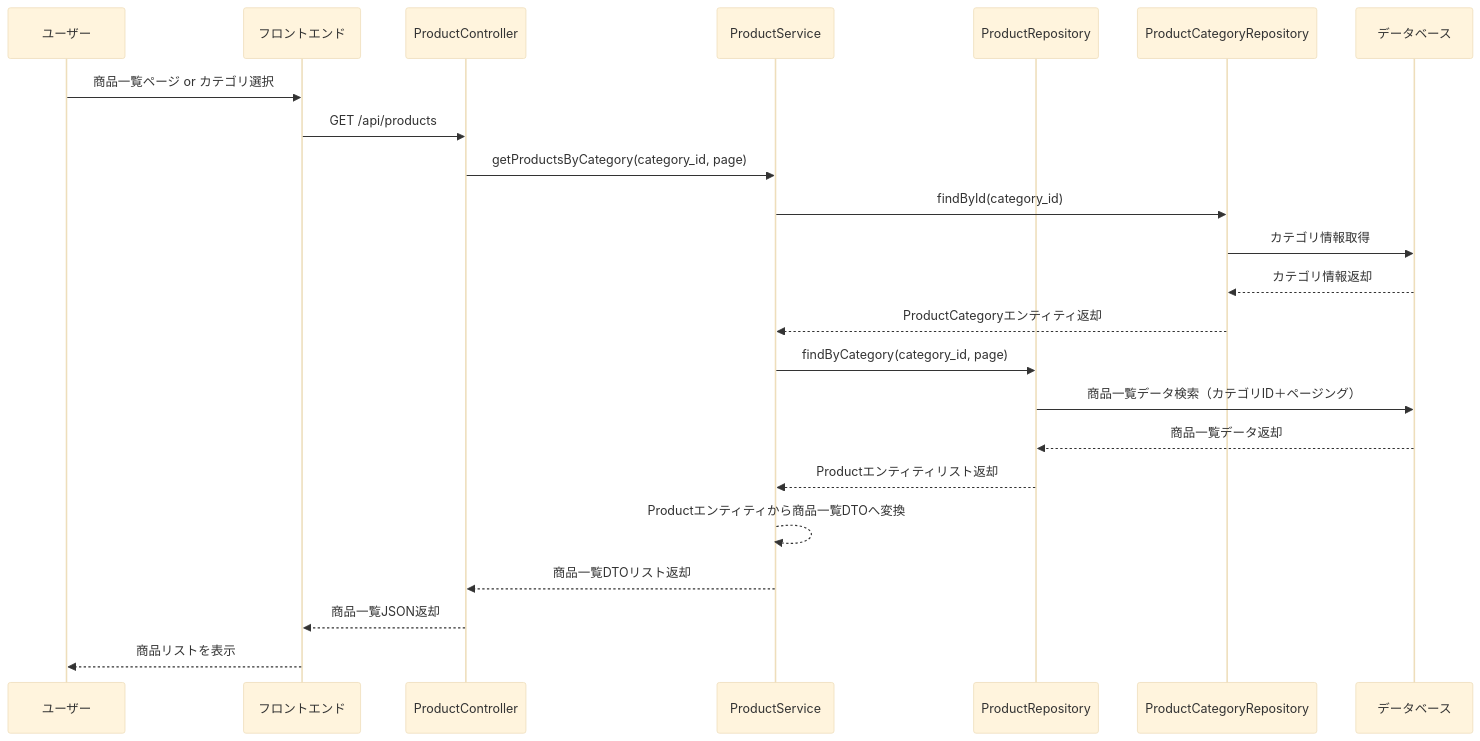
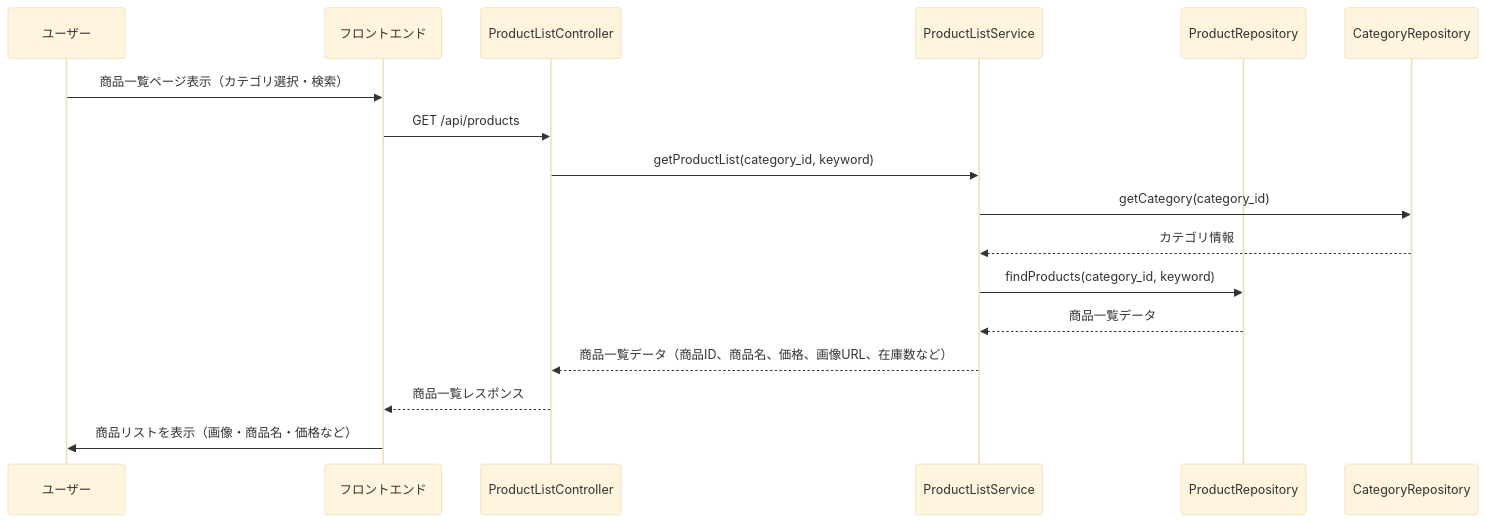
Before and after one commit to Aoi-Yaegashi/teamF: the second of 32 diagrams in 詳細設計/担当B_村田/3.2 機能詳細.md, drawn with Mermaid (base theme). The commit also changed other lines of this file and 1 other file, not shown here.

Commit message:
必須機能のシーケンス図更新

```diff
--- a/詳細設計/担当B_村田/3.2 機能詳細.md
+++ b/詳細設計/担当B_村田/3.2 機能詳細.md
@@ -43,26 +49,35 @@
    <div class="mermaid">
    sequenceDiagram
     participant User as ユーザー
-    participant Browser as フロントエンド
-    participant Controller as ProductController
-    participant Service as ProductService
-    participant ProductRepo as ProductRepository
-    participant CategoryRepo as ProductCategoryRepository
-    participant DB as データベース
+    participant FE as フロントエンド
+    participant PLC as ProductListController
+    participant PLS as ProductListService
+    participant ProdRepo as ProductRepository
+    participant CatRepo as CategoryRepository
 
-    User->>Browser: 商品一覧ページ or カテゴリ選択
-    Browser->>Controller: GET /api/products
-    Controller->>Service: getProductsByCategory(category_id, page)
-    Service->>CategoryRepo: findById(category_id)
-    CategoryRepo->>DB: カテゴリ情報取得
-    DB-->>CategoryRepo: カテゴリ情報返却
-    CategoryRepo-->>Service: ProductCategoryエンティティ返却
-    Service->>ProductRepo: findByCategory(category_id, page)
-    ProductRepo->>DB: 商品一覧データ検索（カテゴリID＋ページング）
-    DB-->>ProductRepo: 商品一覧データ返却
-    ProductRepo-->>Service: Productエンティティリスト返却
-    Service-->>Service: Productエンティティから商品一覧DTOへ変換
-    Service-->>Controller: 商品一覧DTOリスト返却
-    Controller-->>Browser: 商品一覧JSON返却
-    Browser-->>User: 商品リストを表示
+    %% ユーザーが商品一覧ページにアクセス（カテゴリ選択や検索）
+    User->>FE: 商品一覧ページ表示（カテゴリ選択・検索）
+
+    %% フロントエンドがAPI呼び出し
+    FE->>PLC: GET /api/products
+
+    %% コントローラがサービスに処理を依頼
+    PLC->>PLS: getProductList(category_id, keyword)
+
+    %% サービスがカテゴリ情報を取得（カテゴリ名表示用、必要に応じて）
+    PLS->>CatRepo: getCategory(category_id)
+    CatRepo-->>PLS: カテゴリ情報
+
+    %% サービスが商品一覧を取得
+    PLS->>ProdRepo: findProducts(category_id, keyword)
+    ProdRepo-->>PLS: 商品一覧データ
+
+    %% サービスがデータを整形してコントローラに返却
+    PLS-->>PLC: 商品一覧データ（商品ID、商品名、価格、画像URL、在庫数など）
+
+    %% コントローラがフロントエンドにレスポンス
+    PLC-->>FE: 商品一覧レスポンス
+
+    %% フロントエンドが画面に反映
+    FE->>User: 商品リストを表示（画像・商品名・価格など）
 </div>
```
